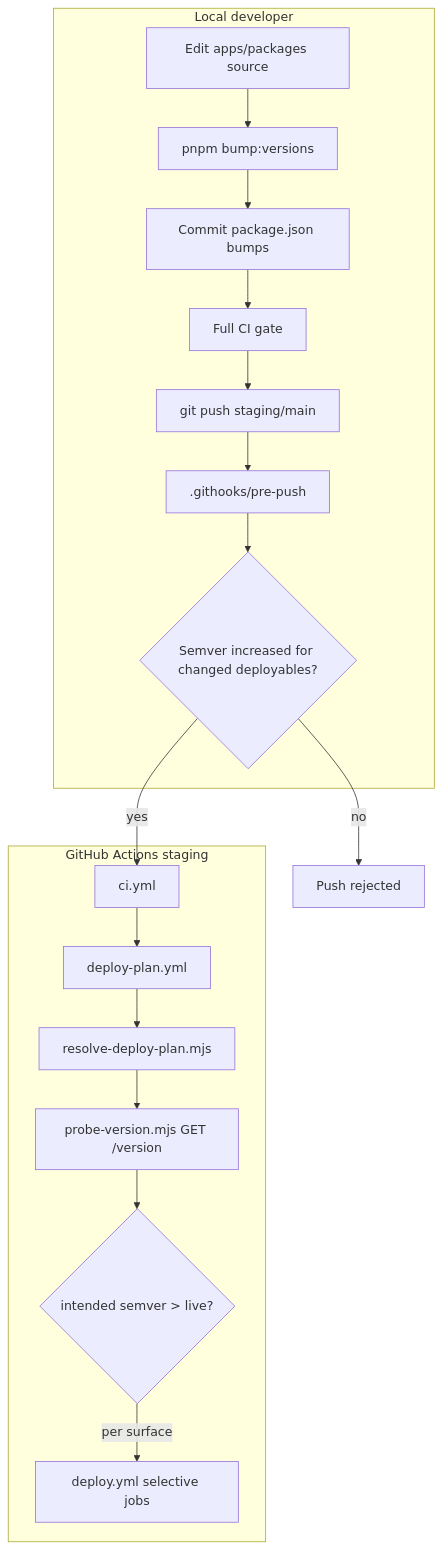
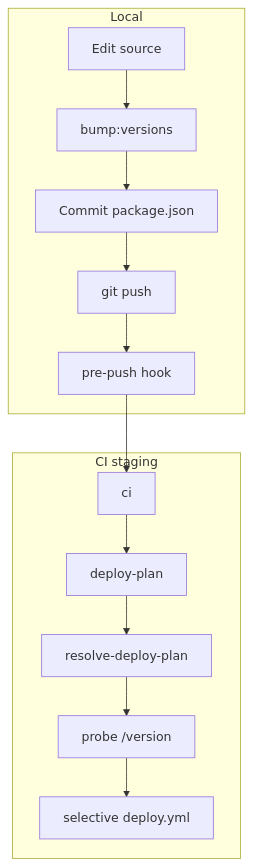
One commit to mdg-labs/pipewatch changed the diagram in docs/internal/IssueSmith_Deploy_Pipeline_Adaptation.md. Above: the diagram before and after it, drawn with Mermaid. The commit also changed other lines of this file and 17 other files, not shown here.

First line of the commit message:
docs(ci)[#251][#246]: update CI/CD docs for selective deploy

````diff
--- a/docs/internal/IssueSmith_Deploy_Pipeline_Adaptation.md
+++ b/docs/internal/IssueSmith_Deploy_Pipeline_Adaptation.md
@@ -438,27 +502,16 @@
 ```mermaid
 flowchart TD
-  subgraph local [Local developer]
-    A[Edit apps/packages source]
-    B["pnpm bump:versions"]
-    C[Commit package.json bumps]
-    D[Full CI gate]
-    E[git push staging/main]
-    F[".githooks/pre-push"]
-    G{Semver increased for changed deployables?}
+  subgraph local [Local]
+    A[Edit source] --> B[bump:versions]
+    B --> C[Commit package.json]
+    C --> D[git push]
+    D --> F[pre-push hook]
   end
-
-  subgraph ci [GitHub Actions staging]
-    H[ci.yml]
-    I[deploy-plan.yml]
-    J["resolve-deploy-plan.mjs"]
-    K["probe-version.mjs GET /version"]
-    L{intended semver > live?}
-    M[deploy.yml selective jobs]
+  subgraph ci [CI staging]
+    H[ci] --> I[deploy-plan]
+    I --> J[resolve-deploy-plan]
+    J --> K[probe /version]
+    K --> L[selective deploy.yml]
   end
-
-  A --> B --> C --> D --> E --> F --> G
-  G -->|no| Block[Push rejected]
-  G -->|yes| H
-  H --> I --> J --> K --> L
-  L -->|per surface| M
+  F --> H
 ```
````
